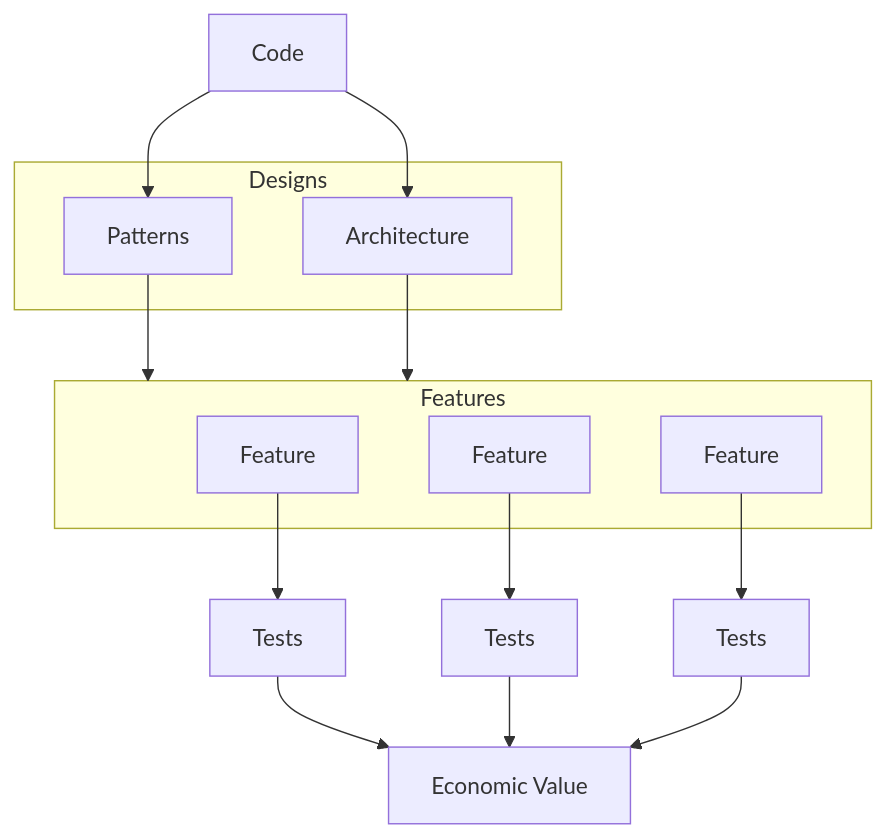
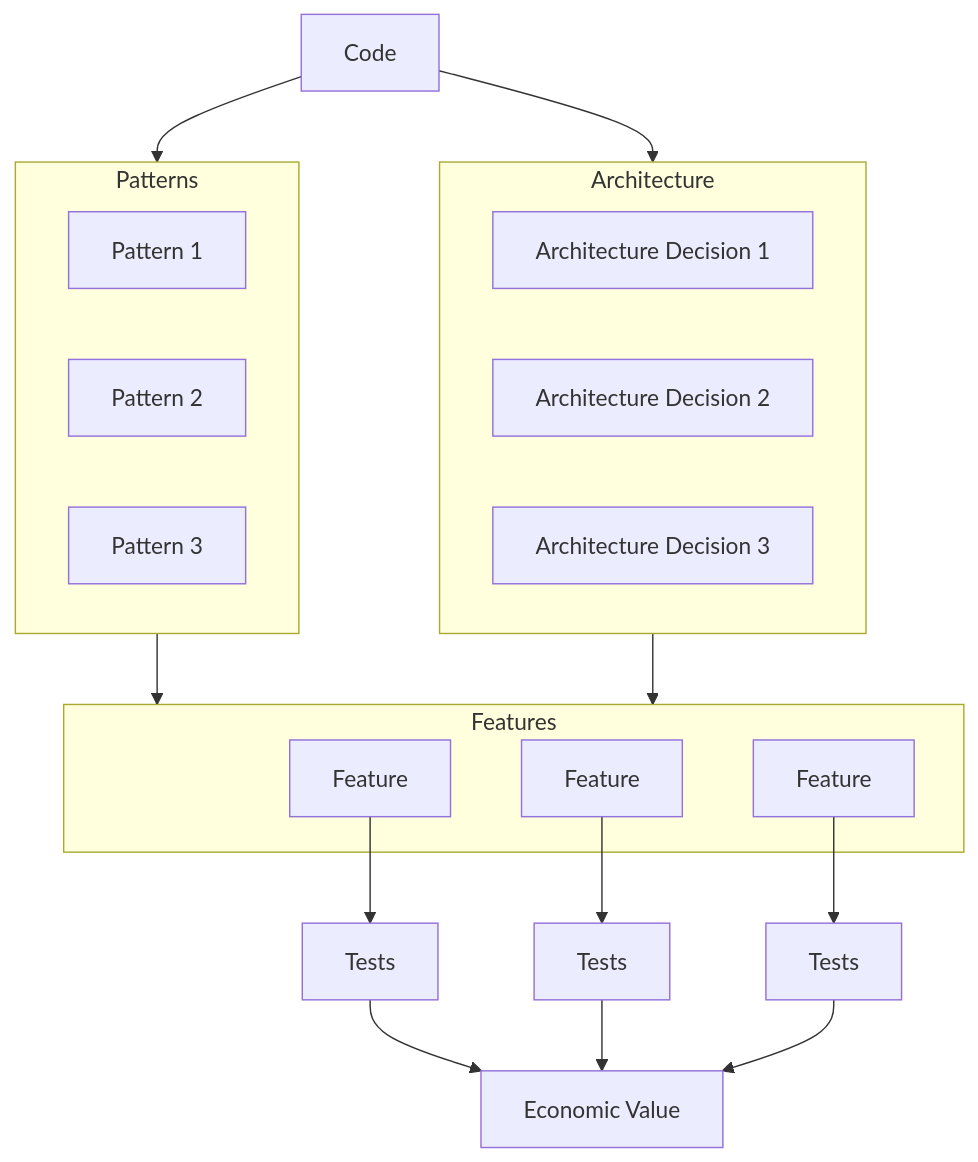
Before and after one commit to asengupta/avishek.net: the diagram in _posts/2023-02-20-every-engineer-is-a-strategist.md, drawn with Mermaid. The commit also changed other lines of this file, not shown here.

Commit message:
Adding to new post on Software Economics and updating Mermaid

```diff
--- a/_posts/2023-02-20-every-engineer-is-a-strategist.md
+++ b/_posts/2023-02-20-every-engineer-is-a-strategist.md
@@ -73,22 +73,28 @@
 {% mermaid %}
 graph TD
 subgraph features[Features]
     feature1[Feature]
     feature2[Feature]
     feature3[Feature]
 end
-subgraph designs[Designs]
-    patterns
-    architecture
+subgraph patterns[Patterns]
+    pattern1[Pattern 1]
+    pattern2[Pattern 2]
+    pattern3[Pattern 3]
 end
-code[Code]-->patterns[Patterns]
-code-->architecture[Architecture]
+subgraph architecture[Architecture]
+    adr1[Architecture Decision 1]
+    adr2[Architecture Decision 2]
+    adr3[Architecture Decision 3]
+end
+code[Code]-->patterns
+code-->architecture
 patterns-->features
 architecture-->features
 feature1-->test1[Tests]
 feature2-->test2[Tests]
 feature3-->test3[Tests]
 test1-->economic_value[Economic Value]
 test2-->economic_value
 test3-->economic_value
 {% endmermaid %}
```
